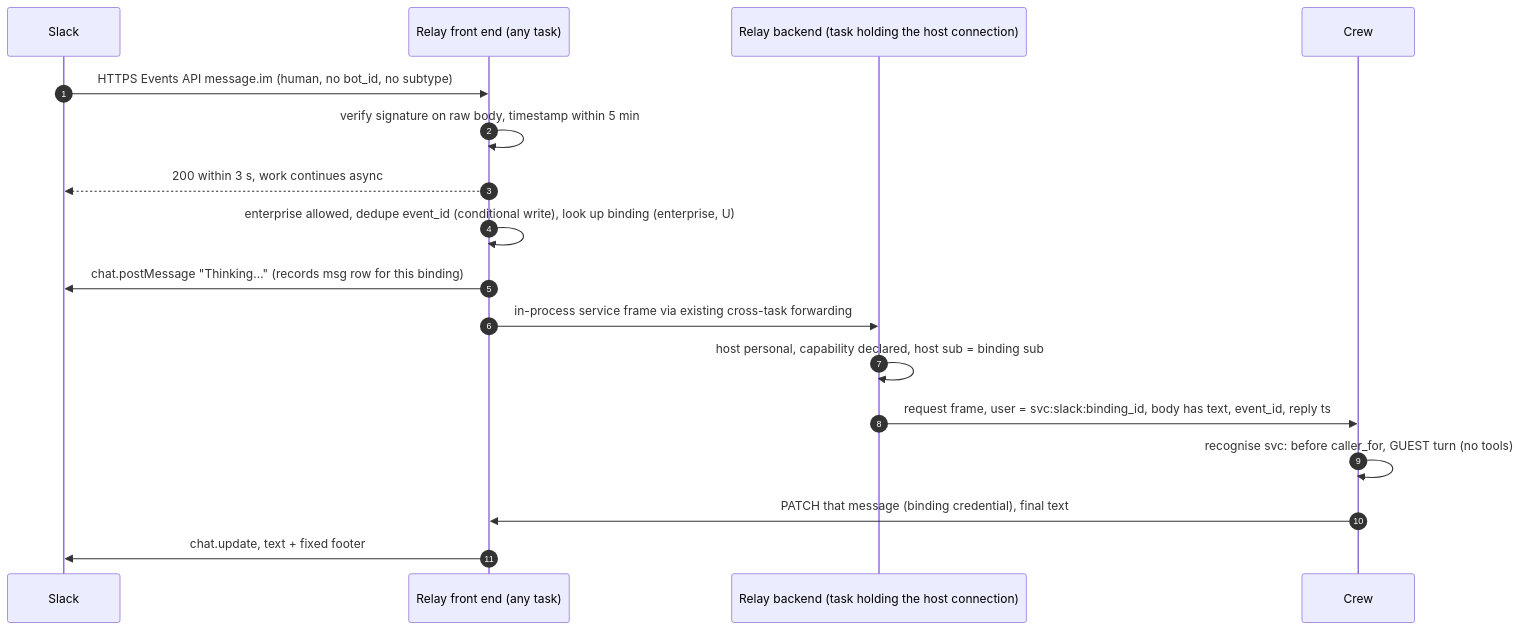
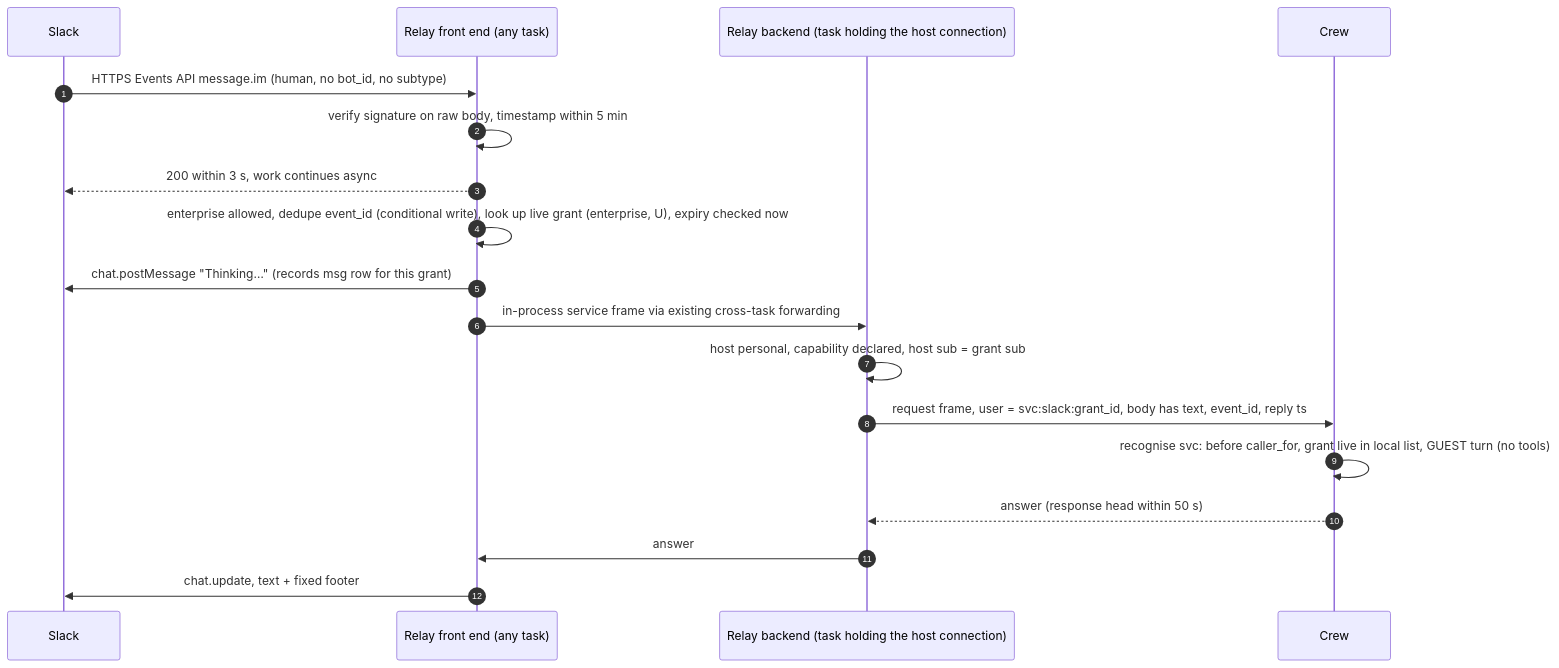
The second of 4 diagrams in docs/request-for-change/rfc-slack-unified-app-relay.md (kirodotdev/KiroCrew), drawn with Mermaid before and after one commit. The commit also changed other lines of this file and 1 other file, not shown here.

First line of the commit message:
docs(rfc): amend shared Slack app RFC to Slack-ID requests and time-limited grants

````diff
--- a/docs/request-for-change/rfc-slack-unified-app-relay.md
+++ b/docs/request-for-change/rfc-slack-unified-app-relay.md
@@ -116,19 +137,20 @@
 ```mermaid
 sequenceDiagram
     autonumber
     participant S as Slack
     participant G as Relay front end (any task)
     participant R as Relay backend (task holding the host connection)
     participant C as Crew
     S->>G: HTTPS Events API message.im (human, no bot_id, no subtype)
     G->>G: verify signature on raw body, timestamp within 5 min
     G-->>S: 200 within 3 s, work continues async
-    G->>G: enterprise allowed, dedupe event_id (conditional write), look up binding (enterprise, U)
-    G->>S: chat.postMessage "Thinking…" (records msg row for this binding)
+    G->>G: enterprise allowed, dedupe event_id (conditional write), look up live grant (enterprise, U), expiry checked now
+    G->>S: chat.postMessage "Thinking…" (records msg row for this grant)
     G->>R: in-process service frame via existing cross-task forwarding
-    R->>R: host personal, capability declared, host sub = binding sub
-    R->>C: request frame, user = svc:slack:binding_id, body has text, event_id, reply ts
-    C->>C: recognise svc: before caller_for, GUEST turn (no tools)
-    C->>G: PATCH that message (binding credential), final text
+    R->>R: host personal, capability declared, host sub = grant sub
+    R->>C: request frame, user = svc:slack:grant_id, body has text, event_id, reply ts
+    C->>C: recognise svc: before caller_for, grant live in local list, GUEST turn (no tools)
+    C-->>R: answer (response head within 50 s)
+    R->>G: answer
     G->>S: chat.update, text + fixed footer
 ```
````
